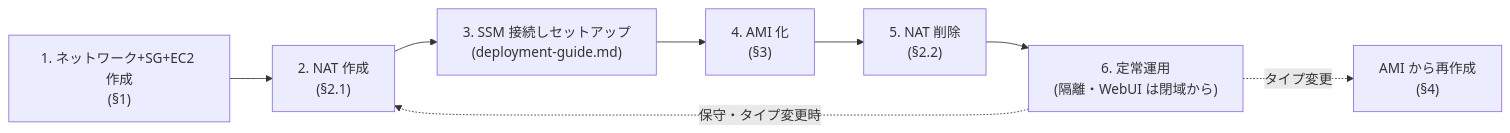
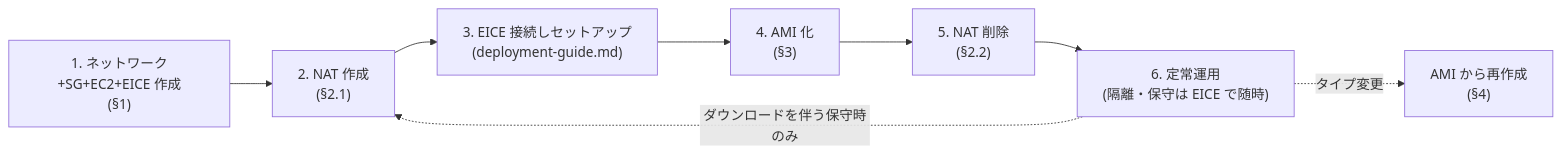
One commit to irimura/rag-system changed the second of 2 diagrams in docs/aws-provisioning.md. Above: the diagram before and after it, drawn with Mermaid. The commit also changed other lines of this file and 1 other file, not shown here.

First line of the commit message:
Switch shell access from SSM to EC2 Instance Connect Endpoint (EICE)

````diff
--- a/docs/aws-provisioning.md
+++ b/docs/aws-provisioning.md
@@ -394,10 +404,10 @@
 ```mermaid
 flowchart LR
-    N["1. ネットワーク+SG+EC2 作成<br/>(§1)"] --> NAT1["2. NAT 作成<br/>(§2.1)"]
-    NAT1 --> S["3. SSM 接続しセットアップ<br/>(deployment-guide.md)"]
+    N["1. ネットワーク+SG+EC2+EICE 作成<br/>(§1)"] --> NAT1["2. NAT 作成<br/>(§2.1)"]
+    NAT1 --> S["3. EICE 接続しセットアップ<br/>(deployment-guide.md)"]
     S --> AMI["4. AMI 化<br/>(§3)"]
     AMI --> NAT2["5. NAT 削除<br/>(§2.2)"]
-    NAT2 --> RUN["6. 定常運用<br/>(隔離・WebUI は閉域から)"]
-    RUN -.->|"保守・タイプ変更時"| NAT1
+    NAT2 --> RUN["6. 定常運用<br/>(隔離・保守は EICE で随時)"]
+    RUN -.->|"ダウンロードを伴う保守時のみ"| NAT1
     RUN -.->|"タイプ変更"| CH["AMI から再作成<br/>(§4)"]
 ```
````
